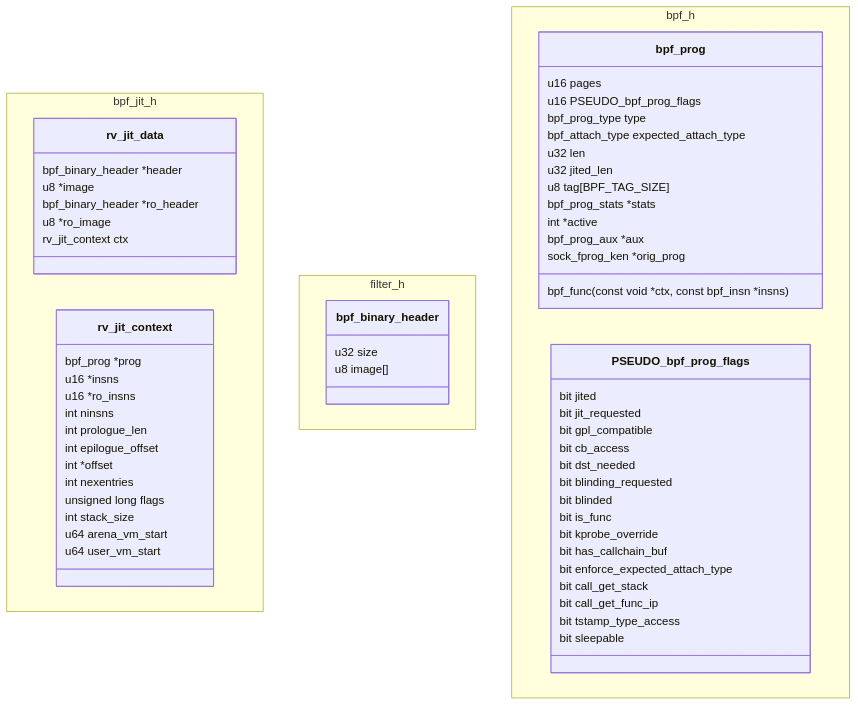
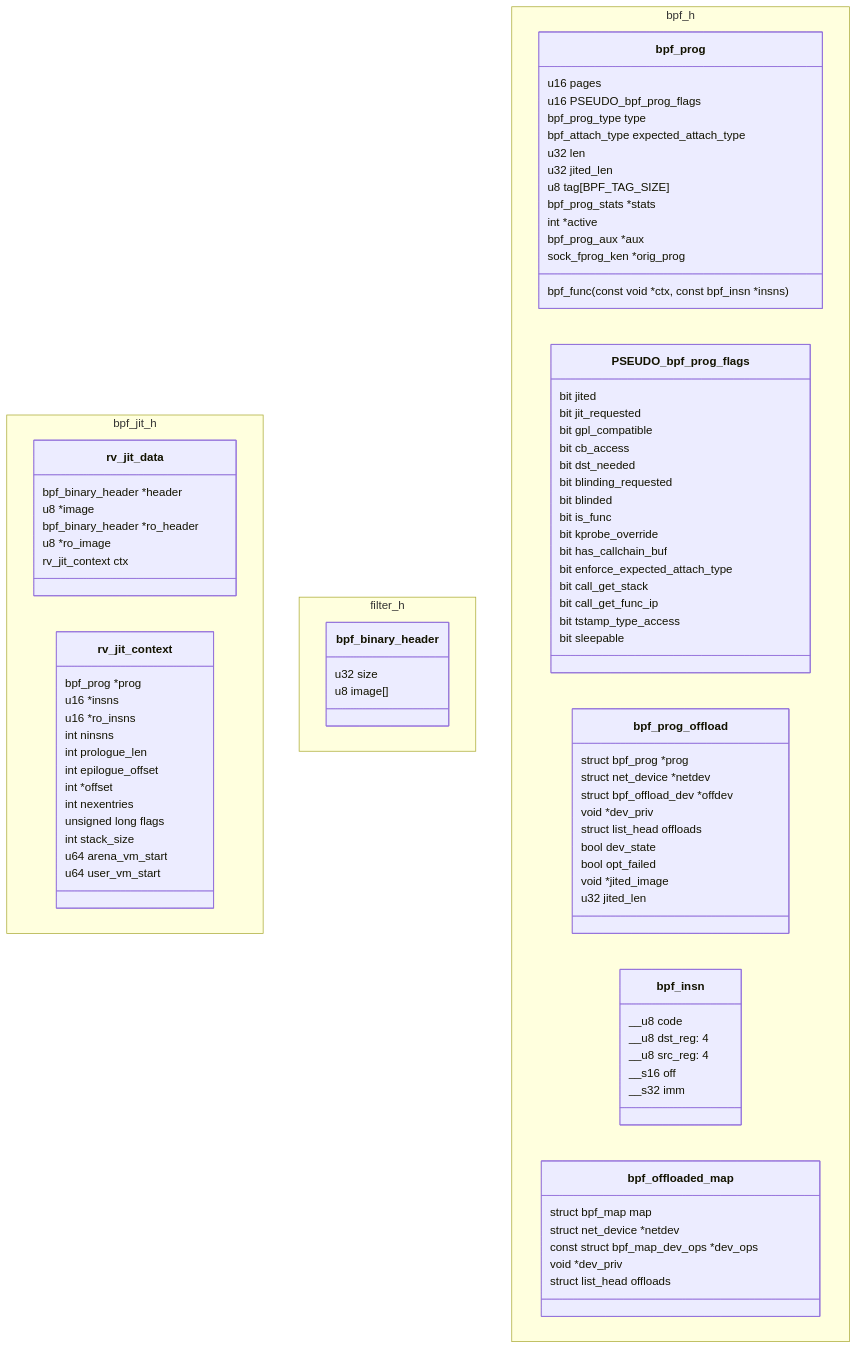
One commit to Dav-11/ebpf-offload-riscv changed the diagram in docs/orig_rv_jit/00_structs.md. Above: the diagram before and after it, drawn with Mermaid. The commit also changed 12 other files, not shown here.

```diff
--- a/docs/orig_rv_jit/00_structs.md
+++ b/docs/orig_rv_jit/00_structs.md
@@ -74,6 +74,33 @@
             bit sleepable
         }
 
+        class bpf_prog_offload {
+            struct bpf_prog        *prog
+            struct net_device    *netdev
+            struct bpf_offload_dev    *offdev
+            void            *dev_priv
+            struct list_head offloads
+            bool dev_state
+            bool opt_failed
+            void            *jited_image
+            u32 jited_len
+        }
+
+        class bpf_insn {
+            __u8 code
+            __u8 dst_reg: 4
+            __u8 src_reg: 4
+            __s16 off
+            __s32 imm
+        }
+
+        class bpf_offloaded_map {
+            struct bpf_map map
+            struct net_device *netdev
+            const struct bpf_map_dev_ops *dev_ops
+            void *dev_priv
+            struct list_head offloads
+        }
     }
     
 
```
